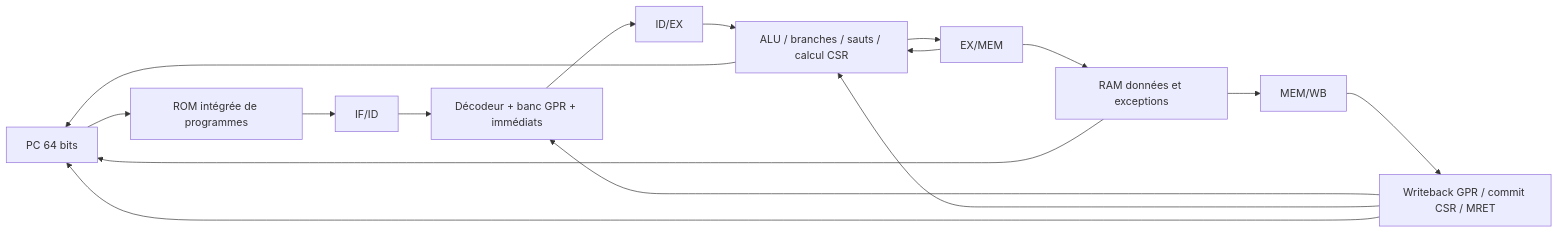
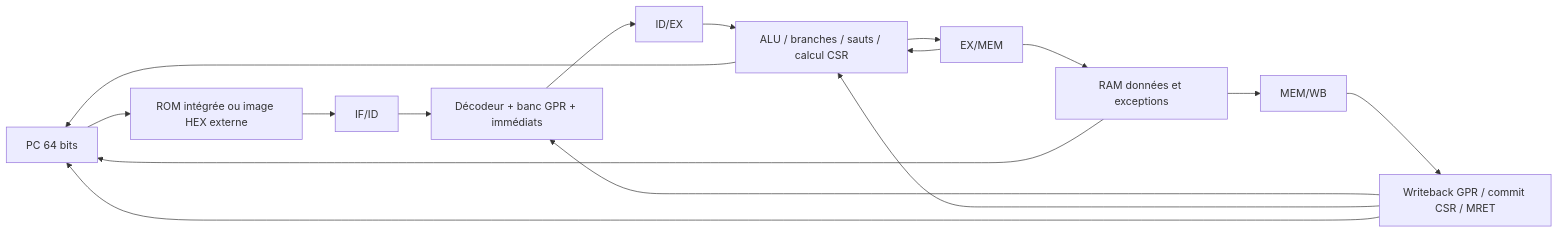
Before and after one commit to myotochie/riscv-heterogeneous-soc: the diagram in docs/architecture/ARCHITECTURE_OVERVIEW.md, drawn with Mermaid. The commit also changed other lines of this file and 21 other files, not shown here.

````diff
--- a/docs/architecture/ARCHITECTURE_OVERVIEW.md
+++ b/docs/architecture/ARCHITECTURE_OVERVIEW.md
@@ -11,18 +11,18 @@
 ```mermaid
 flowchart LR
-    PC[PC 64 bits] --> ROM[ROM intégrée de programmes]
+    PC[PC 64 bits] --> ROM[ROM intégrée ou image HEX externe]
     ROM --> IFID[IF/ID]
     IFID --> ID[Décodeur + banc GPR + immédiats]
     ID --> IDEX[ID/EX]
     IDEX --> EX[ALU / branches / sauts / calcul CSR]
     EX --> EXMEM[EX/MEM]
     EXMEM --> MEM[RAM données et exceptions]
     MEM --> MEMWB[MEM/WB]
     MEMWB --> WB[Writeback GPR / commit CSR / MRET]
     WB --> ID
     WB --> EX
     EXMEM --> EX
     EX --> PC
     MEM --> PC
     WB --> PC
 ```
````
